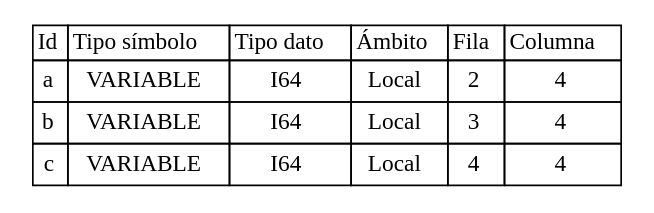
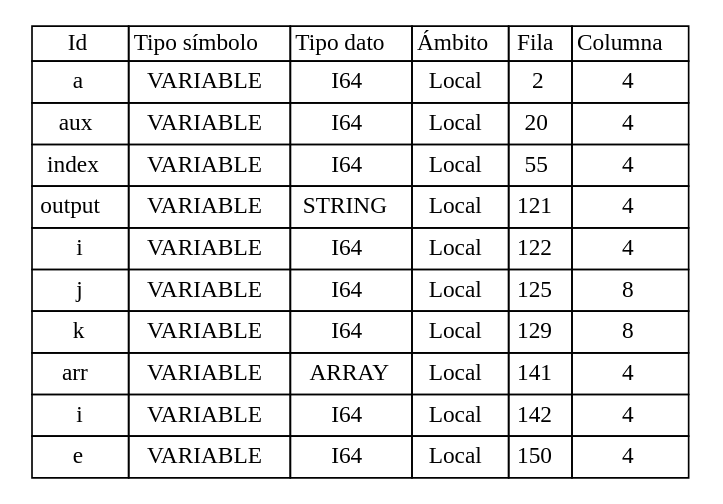
One commit to Jodyannre/COMPI2_proyecto2_2022 changed the diagram in Back/Web/tablas/tablaSimbolos.dot. Above: the diagram before and after it, drawn with Graphviz. The commit also changed 38 other files, not shown here.

```diff
--- a/Back/Web/tablas/tablaSimbolos.dot
+++ b/Back/Web/tablas/tablaSimbolos.dot
@@ -1,72 +1,198 @@
 
 	digraph {
 		tablaSimbolos [
 		  shape=plaintext
 		  label=<
 			<table border='0' cellborder='1' color='black' cellspacing='0'>
 			  <tr>
 				  <td>Id</td>
 				  <td>Tipo símbolo</td>
 				  <td>Tipo dato</td>
 				  <td>Ámbito</td>
 				  <td>Fila</td>
 				  <td>Columna</td>
 			  </tr>
 	
 <tr>
 <td cellpadding='4'>
 a
 </td>
 <td cellpadding='4'>VARIABLE
 </td>
 <td cellpadding='4'>I64
 </td>
 <td cellpadding='4'>Local
 </td>
 <td cellpadding='4'>
 2
 </td>
 <td cellpadding='4'>
 4
 </td>
 </tr>
 
 <tr>
 <td cellpadding='4'>
-b
+aux
 </td>
 <td cellpadding='4'>VARIABLE
 </td>
 <td cellpadding='4'>I64
 </td>
 <td cellpadding='4'>Local
 </td>
 <td cellpadding='4'>
-3
+20
 </td>
 <td cellpadding='4'>
 4
 </td>
 </tr>
 
 <tr>
 <td cellpadding='4'>
-c
+index
 </td>
 <td cellpadding='4'>VARIABLE
 </td>
 <td cellpadding='4'>I64
 </td>
 <td cellpadding='4'>Local
 </td>
 <td cellpadding='4'>
+55
+</td>
+<td cellpadding='4'>
 4
+</td>
+</tr>
+
+<tr>
+<td cellpadding='4'>
+output
+</td>
+<td cellpadding='4'>VARIABLE
+</td>
+<td cellpadding='4'>STRING
+</td>
+<td cellpadding='4'>Local
+</td>
+<td cellpadding='4'>
+121
+</td>
+<td cellpadding='4'>
+4
+</td>
+</tr>
+
+<tr>
+<td cellpadding='4'>
+i
+</td>
+<td cellpadding='4'>VARIABLE
+</td>
+<td cellpadding='4'>I64
+</td>
+<td cellpadding='4'>Local
+</td>
+<td cellpadding='4'>
+122
+</td>
+<td cellpadding='4'>
+4
+</td>
+</tr>
+
+<tr>
+<td cellpadding='4'>
+j
+</td>
+<td cellpadding='4'>VARIABLE
+</td>
+<td cellpadding='4'>I64
+</td>
+<td cellpadding='4'>Local
+</td>
+<td cellpadding='4'>
+125
+</td>
+<td cellpadding='4'>
+8
+</td>
+</tr>
+
+<tr>
+<td cellpadding='4'>
+k
+</td>
+<td cellpadding='4'>VARIABLE
+</td>
+<td cellpadding='4'>I64
+</td>
+<td cellpadding='4'>Local
+</td>
+<td cellpadding='4'>
+129
+</td>
+<td cellpadding='4'>
+8
+</td>
+</tr>
+
+<tr>
+<td cellpadding='4'>
+arr
+</td>
+<td cellpadding='4'>VARIABLE
+</td>
+<td cellpadding='4'>ARRAY
+</td>
+<td cellpadding='4'>Local
+</td>
+<td cellpadding='4'>
+141
+</td>
+<td cellpadding='4'>
+4
+</td>
+</tr>
+
+<tr>
+<td cellpadding='4'>
+i
+</td>
+<td cellpadding='4'>VARIABLE
+</td>
+<td cellpadding='4'>I64
+</td>
+<td cellpadding='4'>Local
+</td>
+<td cellpadding='4'>
+142
+</td>
+<td cellpadding='4'>
+4
+</td>
+</tr>
+
+<tr>
+<td cellpadding='4'>
+e
+</td>
+<td cellpadding='4'>VARIABLE
+</td>
+<td cellpadding='4'>I64
+</td>
+<td cellpadding='4'>Local
+</td>
+<td cellpadding='4'>
+150
 </td>
 <td cellpadding='4'>
 4
 </td>
 </tr>
 
 		</table>
 		>];
 	}
```
